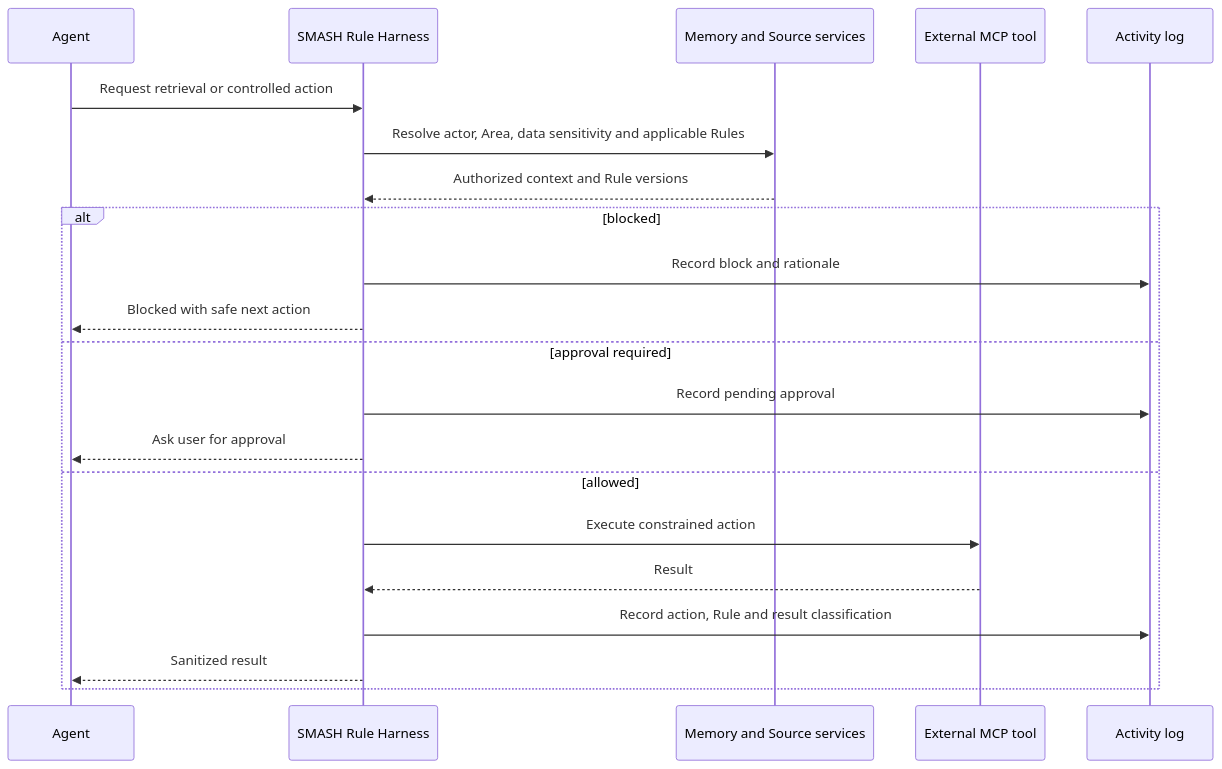
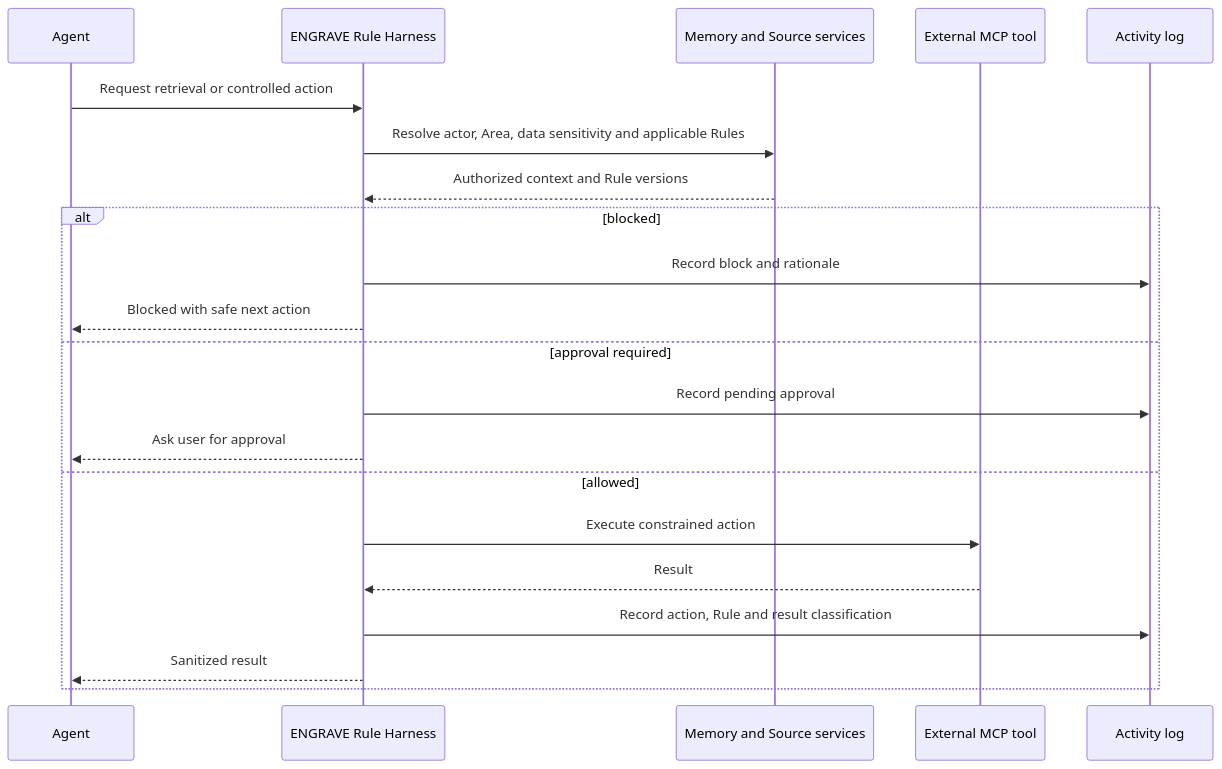
One commit to ebrahimisoheil/smash changed the ninth of 16 diagrams in V2/docs/roadmap/23-diagrams.md. Above: the diagram before and after it, drawn with Mermaid. The commit also changed other lines of this file and 65 other files, not shown here.

````diff
--- a/V2/docs/roadmap/23-diagrams.md
+++ b/V2/docs/roadmap/23-diagrams.md
@@ -280,24 +280,24 @@
 ```mermaid
 sequenceDiagram
     participant Agent
-    participant Harness as SMASH Rule Harness
+    participant Harness as ENGRAVE Rule Harness
     participant Memory as Memory and Source services
     participant Tool as External MCP tool
     participant Events as Activity log
 
     Agent->>Harness: Request retrieval or controlled action
     Harness->>Memory: Resolve actor, Area, data sensitivity and applicable Rules
     Memory-->>Harness: Authorized context and Rule versions
     alt blocked
         Harness->>Events: Record block and rationale
         Harness-->>Agent: Blocked with safe next action
     else approval required
         Harness->>Events: Record pending approval
         Harness-->>Agent: Ask user for approval
     else allowed
         Harness->>Tool: Execute constrained action
         Tool-->>Harness: Result
         Harness->>Events: Record action, Rule and result classification
         Harness-->>Agent: Sanitized result
     end
 ```
````
